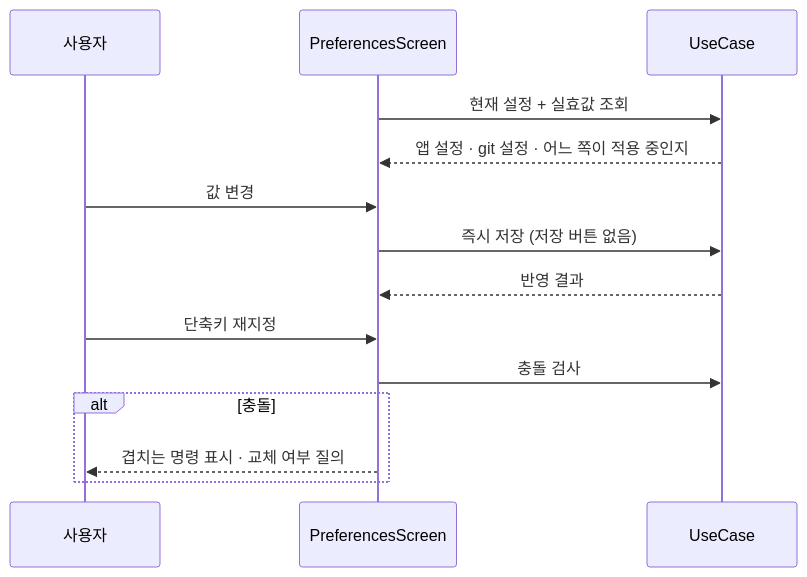
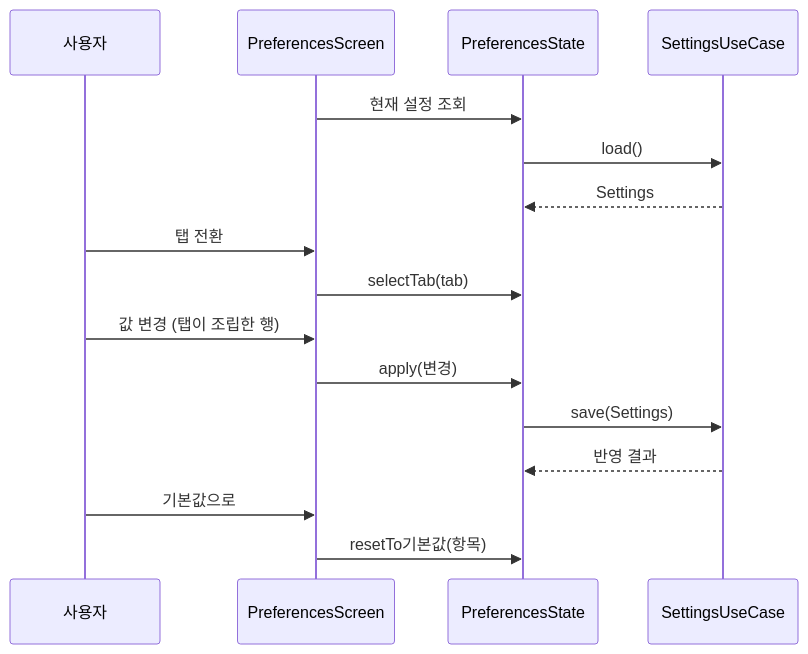
The first of 2 diagrams in tickets/UND-40-preferences-screen.md (biuea3866/gitkraken-clone-app), drawn with Mermaid before and after one commit. The commit also changed other lines of this file and 7 other files, not shown here.

````diff
--- a/tickets/UND-40-preferences-screen.md
+++ b/tickets/UND-40-preferences-screen.md
@@ -37,16 +38,18 @@
 ```mermaid
 sequenceDiagram
     participant User as 사용자
-    participant Pref as PreferencesScreen
-    participant UC as UseCase
-    Pref->>UC: 현재 설정 + 실효값 조회
-    UC-->>Pref: 앱 설정 · git 설정 · 어느 쪽이 적용 중인지
-    User->>Pref: 값 변경
-    Pref->>UC: 즉시 저장 (저장 버튼 없음)
-    UC-->>Pref: 반영 결과
-    User->>Pref: 단축키 재지정
-    Pref->>UC: 충돌 검사
-    alt 충돌
-        Pref-->>User: 겹치는 명령 표시 · 교체 여부 질의
-    end
+    participant Screen as PreferencesScreen
+    participant State as PreferencesState
+    participant UC as SettingsUseCase
+    Screen->>State: 현재 설정 조회
+    State->>UC: load()
+    UC-->>State: Settings
+    User->>Screen: 탭 전환
+    Screen->>State: selectTab(tab)
+    User->>Screen: 값 변경 (탭이 조립한 행)
+    Screen->>State: apply(변경)
+    State->>UC: save(Settings)
+    UC-->>State: 반영 결과
+    User->>Screen: 기본값으로
+    Screen->>State: resetTo기본값(항목)
 ```
````
